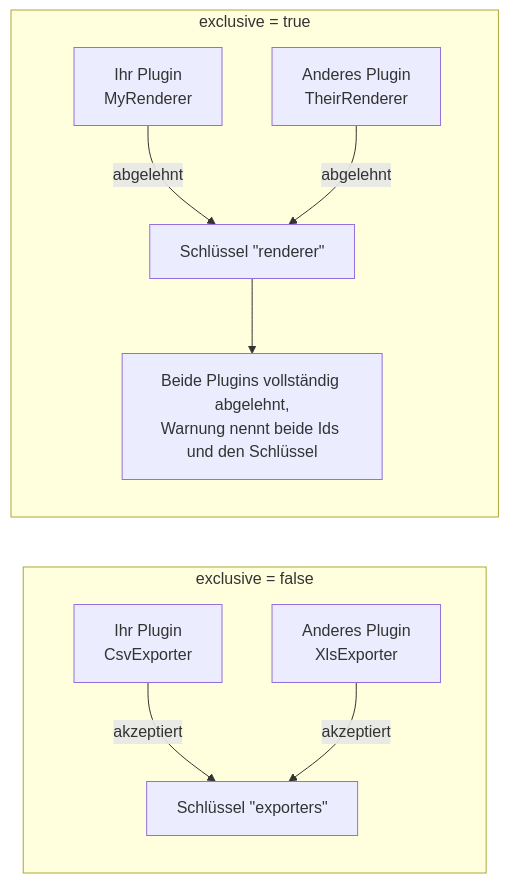
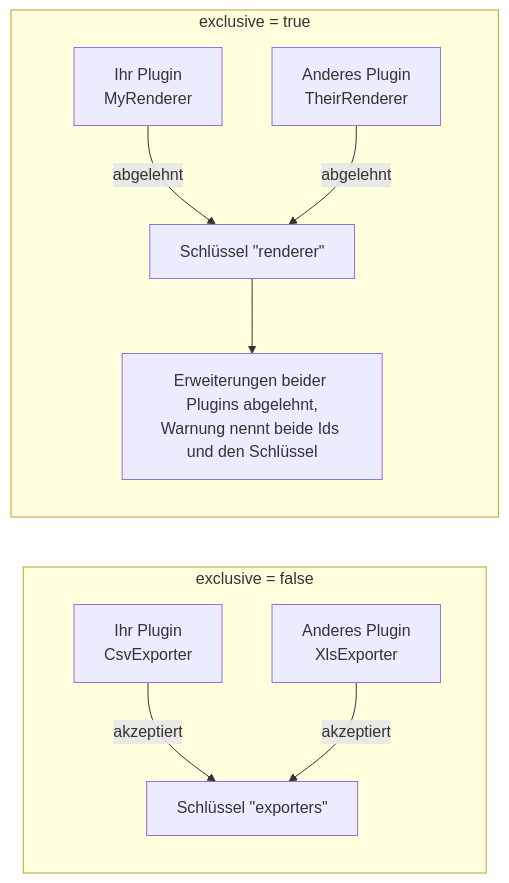
One commit to KleinerHacker/pluggiat changed the diagram in docs/docs/plugin-development/extension-points.de.md. Above: the diagram before and after it, drawn with Mermaid. The commit also changed other lines of this file and 84 other files, not shown here.

````diff
--- a/docs/docs/plugin-development/extension-points.de.md
+++ b/docs/docs/plugin-development/extension-points.de.md
@@ -49,17 +49,17 @@
 ```mermaid
 flowchart LR
     subgraph NonExclusive["exclusive = false"]
         direction TB
         K1["Schlüssel &quot;exporters&quot;"]
         PA1["Ihr Plugin<br/>CsvExporter"] -->|akzeptiert| K1
         PB1["Anderes Plugin<br/>XlsExporter"] -->|akzeptiert| K1
     end
 
     subgraph Exclusive["exclusive = true"]
         direction TB
         K2["Schlüssel &quot;renderer&quot;"]
         PA2["Ihr Plugin<br/>MyRenderer"] -->|abgelehnt| K2
         PB2["Anderes Plugin<br/>TheirRenderer"] -->|abgelehnt| K2
-        K2 --> Warn["Beide Plugins vollständig abgelehnt,<br/>Warnung nennt beide Ids und den Schlüssel"]
+        K2 --> Warn["Erweiterungen beider Plugins abgelehnt,<br/>Warnung nennt beide Ids und den Schlüssel"]
     end
 ```
````
